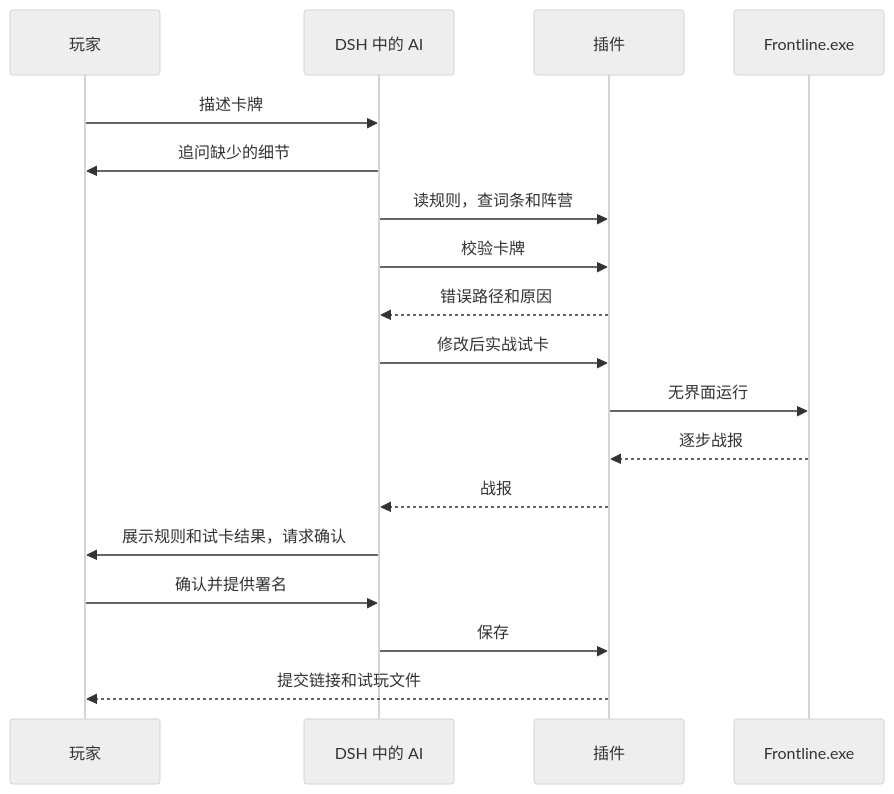
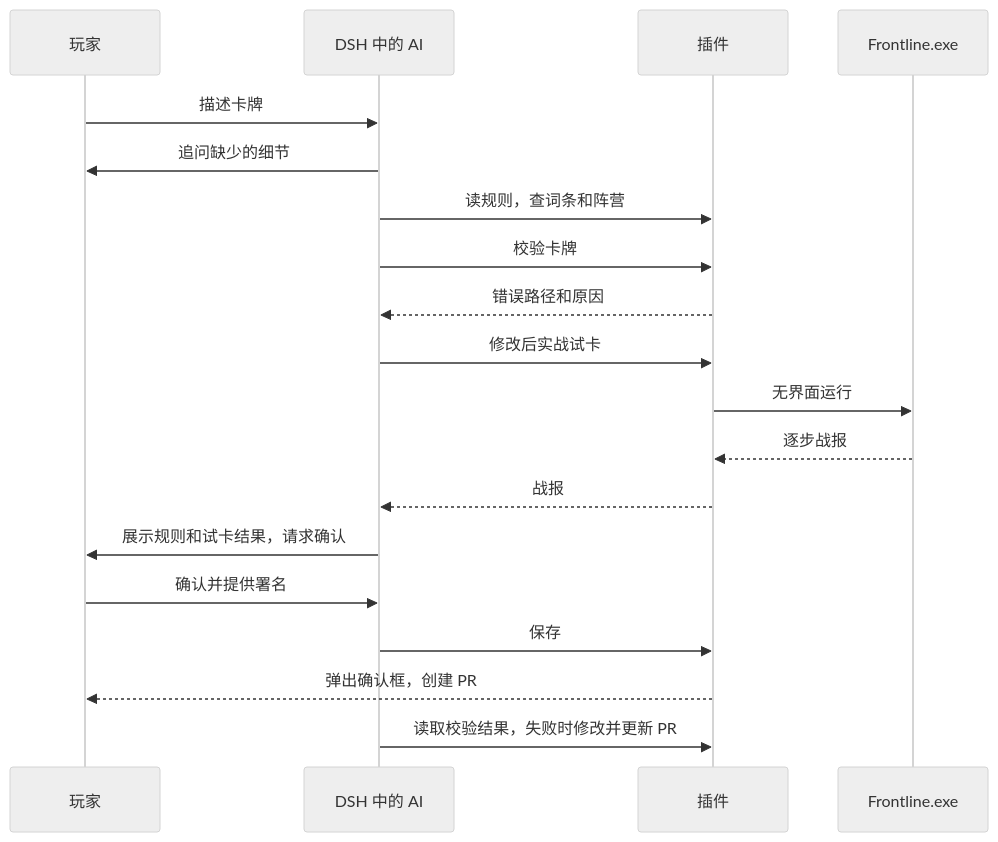
Before and after one commit to Kuteng-os/Chao: the second of 2 diagrams in docs/HOW_IT_WORKS.md, drawn with Mermaid (neutral theme). The commit also changed other lines of this file and 7 other files, not shown here.

````diff
--- a/docs/HOW_IT_WORKS.md
+++ b/docs/HOW_IT_WORKS.md
@@ -116,20 +116,21 @@
 ```mermaid
 sequenceDiagram
     participant 玩家
     participant AI as DSH 中的 AI
     participant 插件
     participant 游戏 as Frontline.exe
     玩家->>AI: 描述卡牌
     AI->>玩家: 追问缺少的细节
     AI->>插件: 读规则，查词条和阵营
     AI->>插件: 校验卡牌
     插件-->>AI: 错误路径和原因
     AI->>插件: 修改后实战试卡
     插件->>游戏: 无界面运行
     游戏-->>插件: 逐步战报
     插件-->>AI: 战报
     AI->>玩家: 展示规则和试卡结果，请求确认
     玩家->>AI: 确认并提供署名
     AI->>插件: 保存
-    插件-->>玩家: 提交链接和试玩文件
+    插件-->>玩家: 弹出确认框，创建 PR
+    AI->>插件: 读取校验结果，失败时修改并更新 PR
 ```
````
